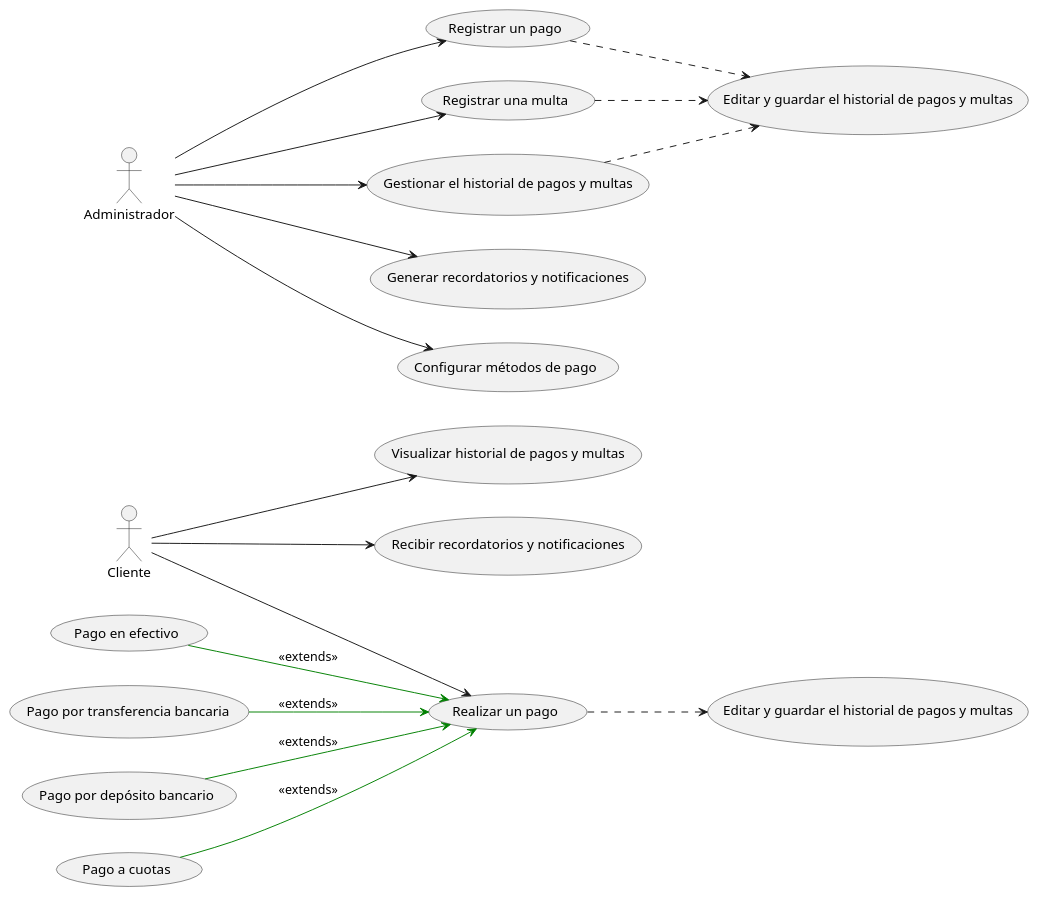
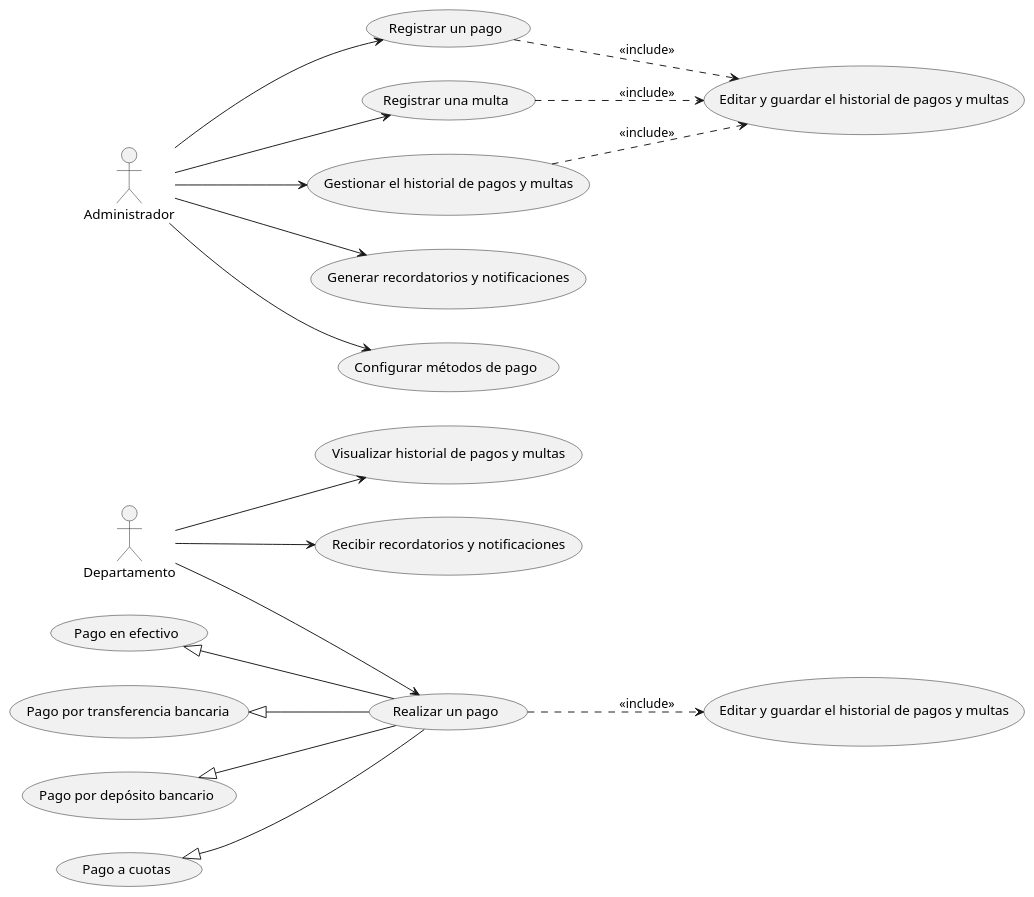
The diagram in Diagramas/CasosDeUso_GrupoA_Pagos_Finanzas/CasosDeUso.puml (richardriverag/ProyectoDiseno24B), drawn with PlantUML before and after one commit. The commit also changed 2 other files, not shown here.

```diff
--- a/Diagramas/CasosDeUso_GrupoA_Pagos_Finanzas/CasosDeUso.puml
+++ b/Diagramas/CasosDeUso_GrupoA_Pagos_Finanzas/CasosDeUso.puml
@@ -1,46 +1,46 @@
 @startuml
 left to right direction
-actor Cliente as C
+actor Departamento as C
 Actor Administrador as A
 
 
 usecase "Realizar un pago" as UC1
 usecase "Editar y guardar el historial de pagos y multas" as guardar
 usecase "Pago en efectivo" as UC1_1
 usecase "Pago por transferencia bancaria" as UC1_2
 usecase "Pago por depósito bancario" as UC1_3
 usecase "Pago a cuotas" as UC1_4
 usecase "Realizar un pago" as UC1
 usecase "Visualizar historial de pagos y multas" as UC2
 usecase "Recibir recordatorios y notificaciones" as UC3
 
 
 usecase "Registrar un pago" as UC4
 usecase "Registrar una multa" as UC5
 usecase "Gestionar el historial de pagos y multas" as UC6
 usecase "Editar y guardar el historial de pagos y multas" as UC6_1
 usecase "Generar recordatorios y notificaciones" as UC7
 usecase "Configurar métodos de pago" as UC8
 
 
 
 C --> UC1
-UC1 ..> guardar
-UC1_1 -[#green]-> UC1 : <<extends>>
-UC1_2 -[#green]-> UC1 : <<extends>>
-UC1_3 -[#green]-> UC1 : <<extends>>
-UC1_4 -[#green]-> UC1 : <<extends>>
+UC1 ..> guardar : <<include>>
+UC1_1 <|-- UC1 
+UC1_2 <|-- UC1  
+UC1_3 <|-- UC1  
+UC1_4 <|-- UC1  
 
 
 C --> UC2
 C --> UC3
 
 A --> UC4
-UC4 ..> UC6_1
+UC4 ..> UC6_1 : <<include>>
 A --> UC5
-UC5 ..> UC6_1
+UC5 ..> UC6_1: <<include>>
 A --> UC6
-UC6 ..> UC6_1
+UC6 ..> UC6_1: <<include>>
 A --> UC7
 A --> UC8
 @enduml
```
